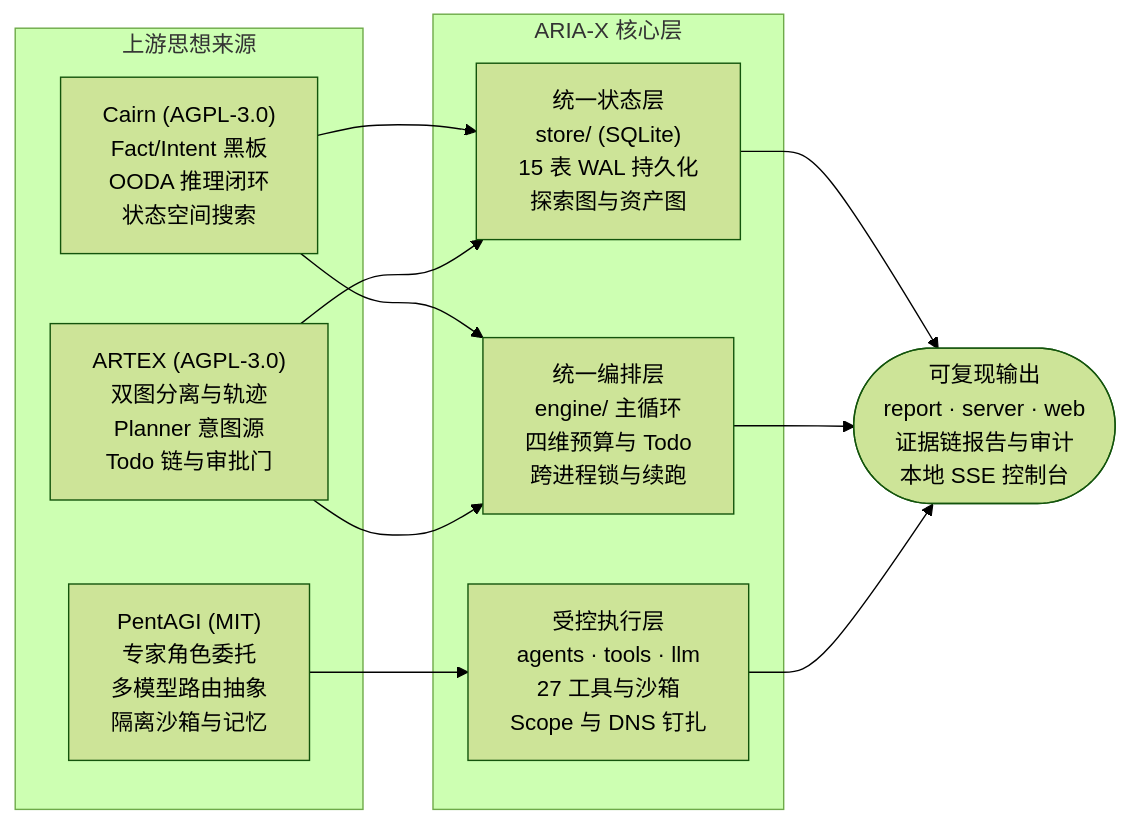
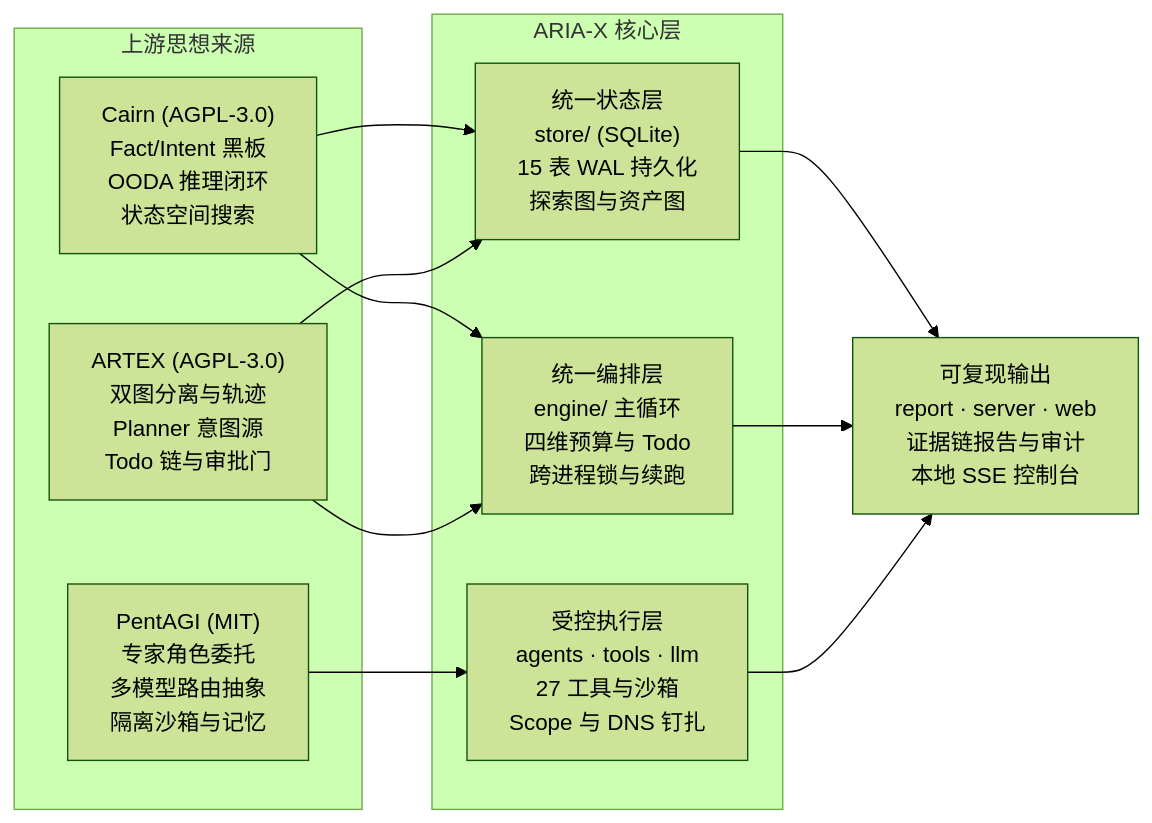
Before and after one commit to 01NGVI-QINGYI/ARIA-X: the first of 2 diagrams in README.md, drawn with Mermaid (forest theme). The commit also changed other lines of this file and 4 other files, not shown here.

Commit message:
docs(readme): remove unclosed center divs, fix Mermaid list labels, drop AppleDouble file

````diff
--- a/README.md
+++ b/README.md
@@ -55,25 +53,25 @@
 ```mermaid
 flowchart LR
     subgraph UP["上游思想来源"]
         C["Cairn (AGPL-3.0)<br/>Fact/Intent 黑板<br/>OODA 推理闭环<br/>状态空间搜索"]
         A["ARTEX (AGPL-3.0)<br/>双图分离与轨迹<br/>Planner 意图源<br/>Todo 链与审批门"]
         P["PentAGI (MIT)<br/>专家角色委托<br/>多模型路由抽象<br/>隔离沙箱与记忆"]
     end
 
     subgraph CORE["ARIA-X 核心层"]
         ST["统一状态层<br/>store/ (SQLite)<br/>15 表 WAL 持久化<br/>探索图与资产图"]
         OR["统一编排层<br/>engine/ 主循环<br/>四维预算与 Todo<br/>跨进程锁与续跑"]
         EX["受控执行层<br/>agents · tools · llm<br/>27 工具与沙箱<br/>Scope 与 DNS 钉扎"]
     end
 
-    OUT(["可复现输出<br/>report · server · web<br/>证据链报告与审计<br/>本地 SSE 控制台"])
+    OUT["可复现输出<br/>report · server · web<br/>证据链报告与审计<br/>本地 SSE 控制台"]
 
     C --> ST
     C --> OR
     A --> ST
     A --> OR
     P --> EX
     ST --> OUT
     OR --> OUT
     EX --> OUT
 ```
````
